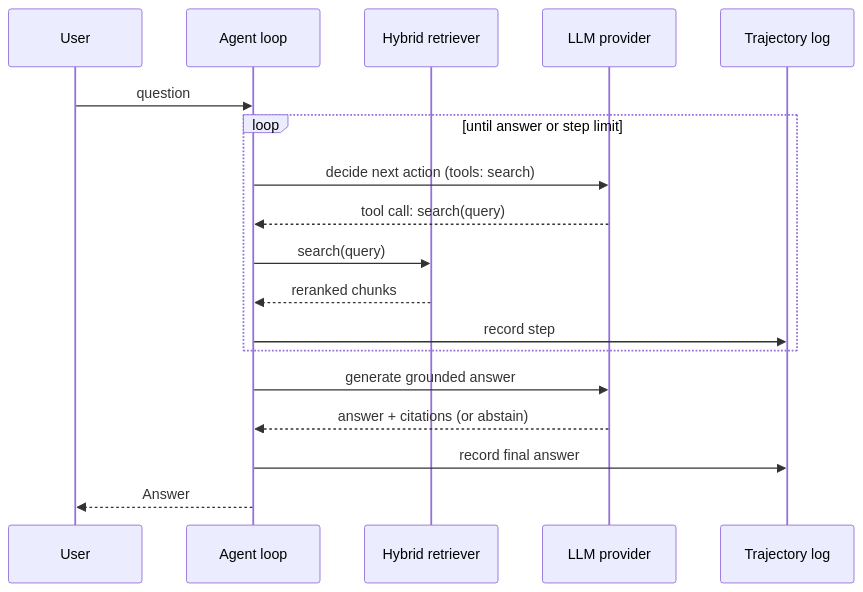
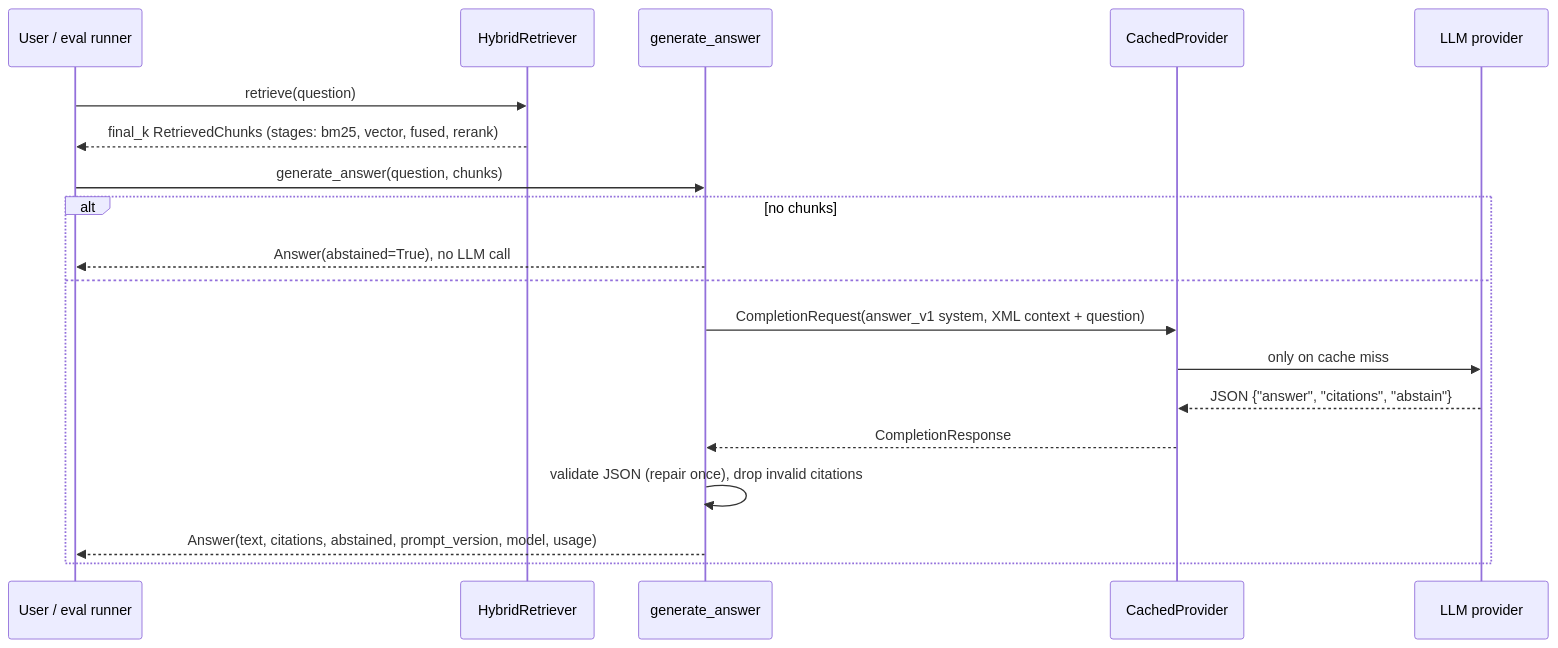
Before and after one commit to evangelosvlachos96-dotcom/agentic-rag-eval-platform: the second of 2 diagrams in docs/architecture.md, drawn with Mermaid. The commit also changed other lines of this file and 108 other files, not shown here.

Commit message:
Add ingestion, hybrid retrieval with reranking, grounded generation and evaluation harness with metrics, judges and bootstrap intervals

````diff
--- a/docs/architecture.md
+++ b/docs/architecture.md
@@ -111,21 +137,22 @@
 ```mermaid
 sequenceDiagram
-    participant U as User
-    participant A as Agent loop
-    participant R as Hybrid retriever
+    participant U as User / eval runner
+    participant R as HybridRetriever
+    participant G as generate_answer
+    participant C as CachedProvider
     participant L as LLM provider
-    participant T as Trajectory log
 
-    U->>A: question
-    loop until answer or step limit
-        A->>L: decide next action (tools: search)
-        L-->>A: tool call: search(query)
-        A->>R: search(query)
-        R-->>A: reranked chunks
-        A->>T: record step
+    U->>R: retrieve(question)
+    R-->>U: final_k RetrievedChunks (stages: bm25, vector, fused, rerank)
+    U->>G: generate_answer(question, chunks)
+    alt no chunks
+        G-->>U: Answer(abstained=True), no LLM call
+    else
+        G->>C: CompletionRequest(answer_v1 system, XML context + question)
+        C->>L: only on cache miss
+        L-->>C: JSON {"answer", "citations", "abstain"}
+        C-->>G: CompletionResponse
+        G->>G: validate JSON (repair once), drop invalid citations
+        G-->>U: Answer(text, citations, abstained, prompt_version, model, usage)
     end
-    A->>L: generate grounded answer
-    L-->>A: answer + citations (or abstain)
-    A->>T: record final answer
-    A-->>U: Answer
 ```
````
